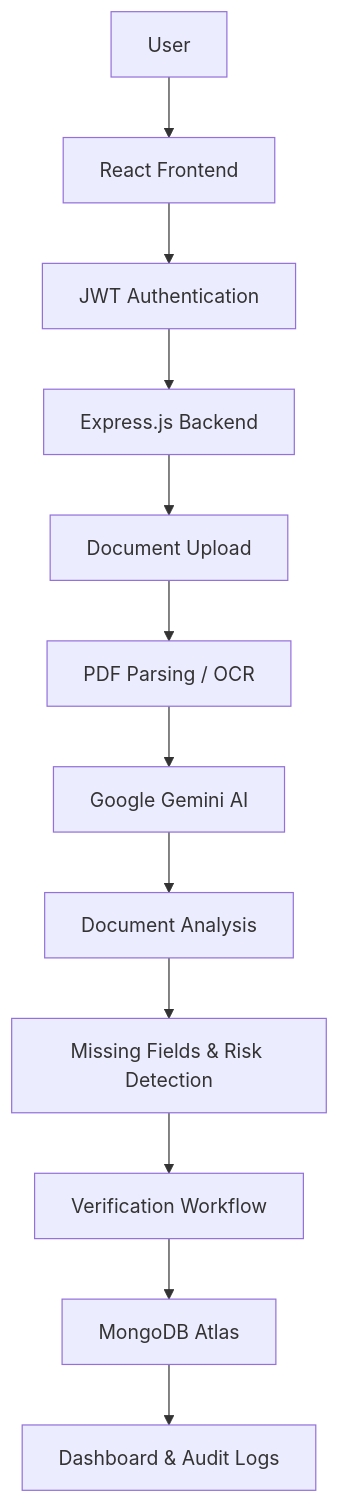
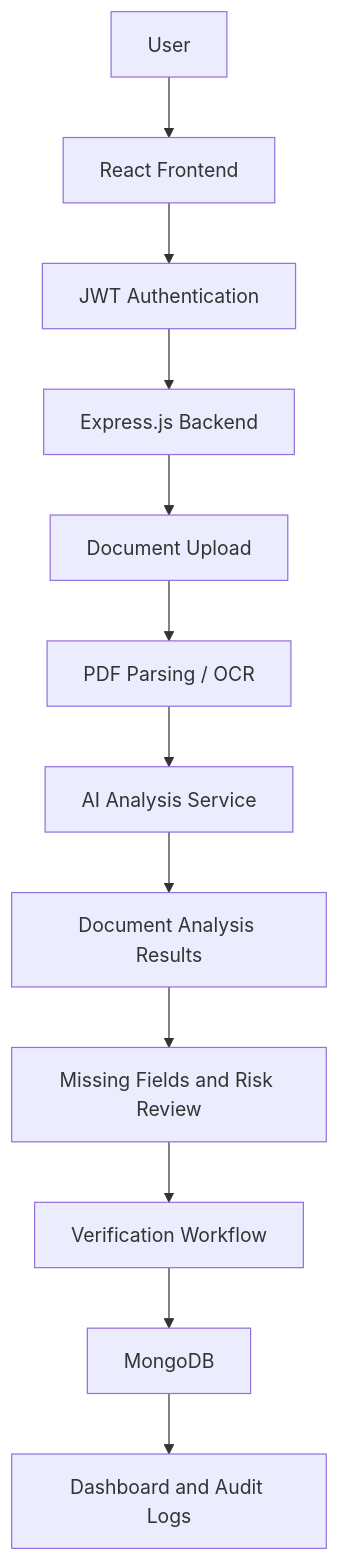
Before and after one commit to ujjwalawasthi7597-del/DocuSure: the diagram in README.md, drawn with Mermaid. The commit also changed other lines of this file, not shown here.

````diff
--- a/README.md
+++ b/README.md
@@ -60,14 +56,14 @@
 ```mermaid
 flowchart TD
     A[User] --> B[React Frontend]
     B --> C[JWT Authentication]
     C --> D[Express.js Backend]
     D --> E[Document Upload]
     E --> F[PDF Parsing / OCR]
-    F --> G[Google Gemini AI]
-    G --> H[Document Analysis]
-    H --> I[Missing Fields & Risk Detection]
+    F --> G[AI Analysis Service]
+    G --> H[Document Analysis Results]
+    H --> I[Missing Fields and Risk Review]
     I --> J[Verification Workflow]
-    J --> K[MongoDB Atlas]
-    K --> L[Dashboard & Audit Logs]
+    J --> K[MongoDB]
+    K --> L[Dashboard and Audit Logs]
 ```
````
